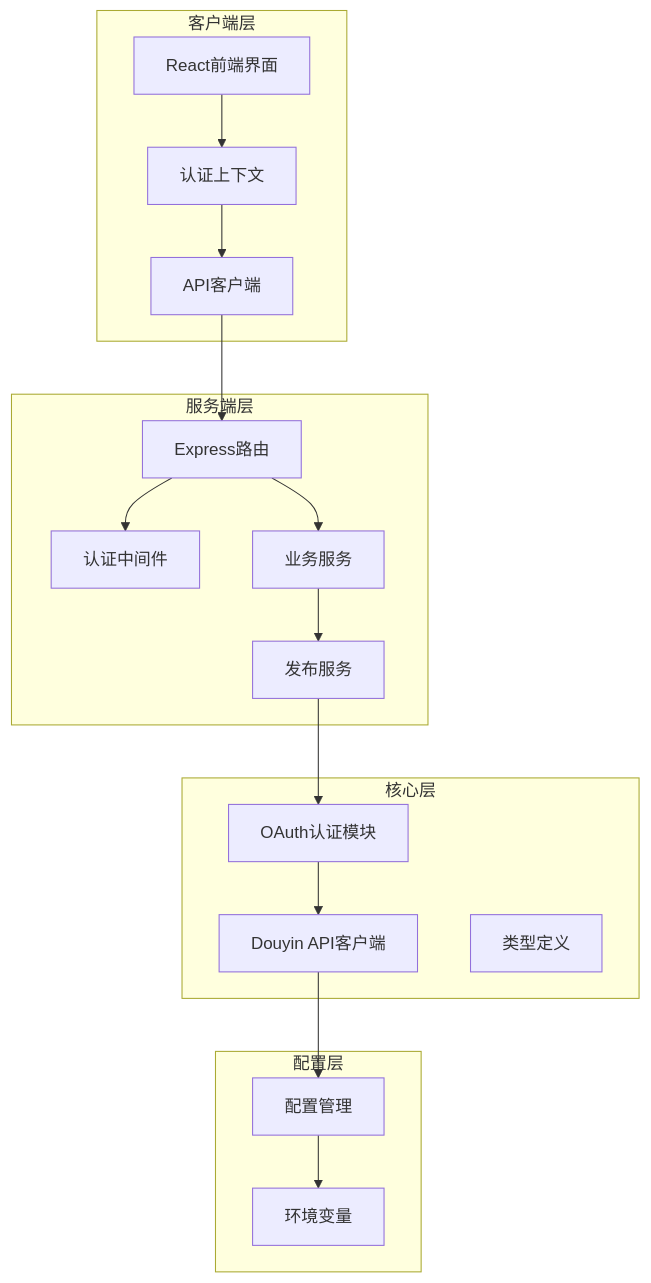
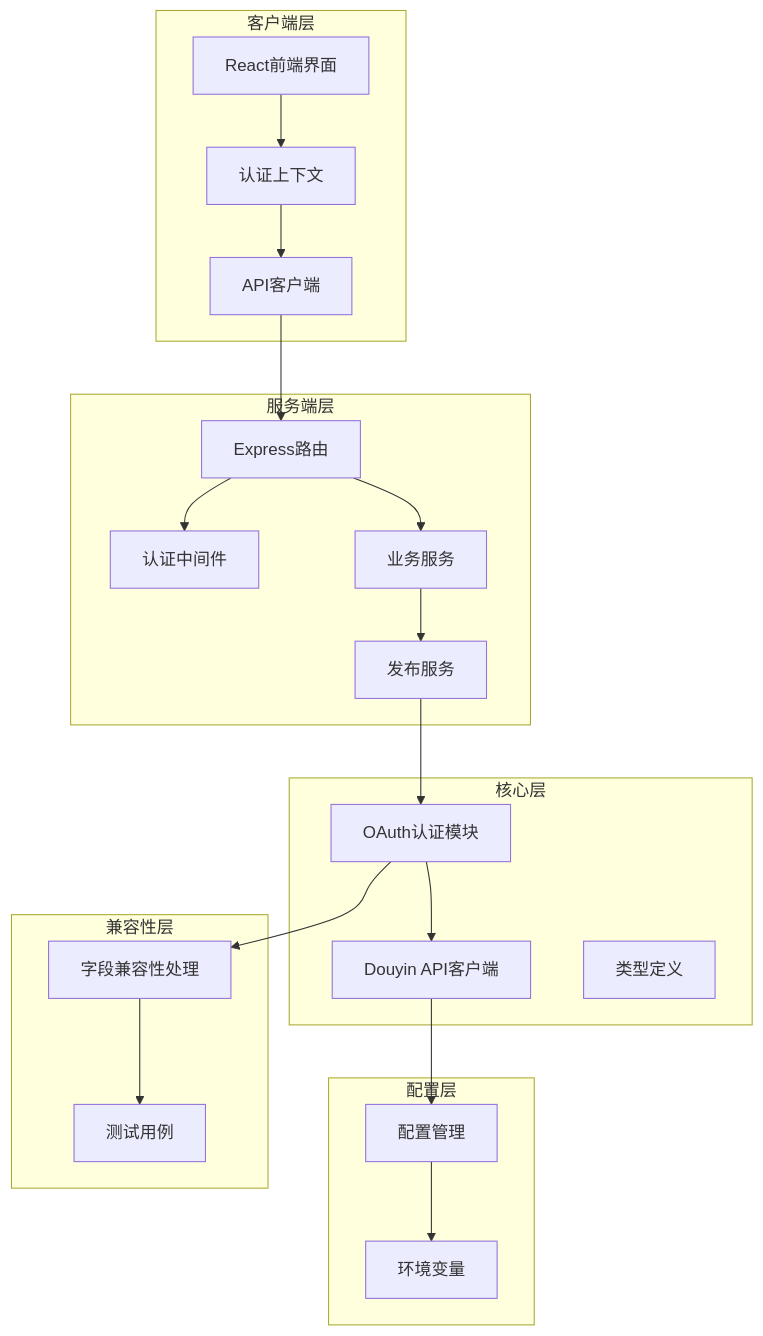
One commit to songdiyang/clawOperations changed the first of 14 diagrams in .qoder/repowiki/zh/content/核心模块详解/认证模块/抖音OAuth集成.md. Above: the diagram before and after it, drawn with Mermaid. The commit also changed other lines of this file and 6 other files, not shown here.

````diff
--- a/.qoder/repowiki/zh/content/核心模块详解/认证模块/抖音OAuth集成.md
+++ b/.qoder/repowiki/zh/content/核心模块详解/认证模块/抖音OAuth集成.md
@@ -44,33 +58,39 @@
 ```mermaid
 graph TB
 subgraph "客户端层"
 UI[React前端界面]
 AuthCtx[认证上下文]
 API[API客户端]
 end
 subgraph "服务端层"
 Router[Express路由]
 AuthMW[认证中间件]
 Services[业务服务]
 Publisher[发布服务]
 end
 subgraph "核心层"
 OAuth[OAuth认证模块]
 Client[Douyin API客户端]
 Types[类型定义]
 end
 subgraph "配置层"
 Config[配置管理]
 Env[环境变量]
 end
+subgraph "兼容性层"
+Compat[字段兼容性处理]
+Test[测试用例]
+end
 UI --> AuthCtx
 AuthCtx --> API
 API --> Router
 Router --> AuthMW
 Router --> Services
 Services --> Publisher
 Publisher --> OAuth
 OAuth --> Client
 Client --> Config
 Config --> Env
+OAuth --> Compat
+Compat --> Test
 ```
````
